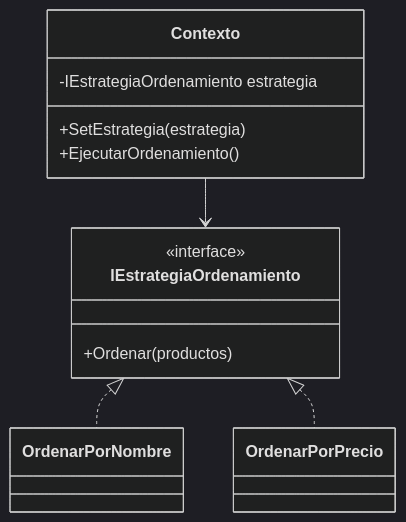
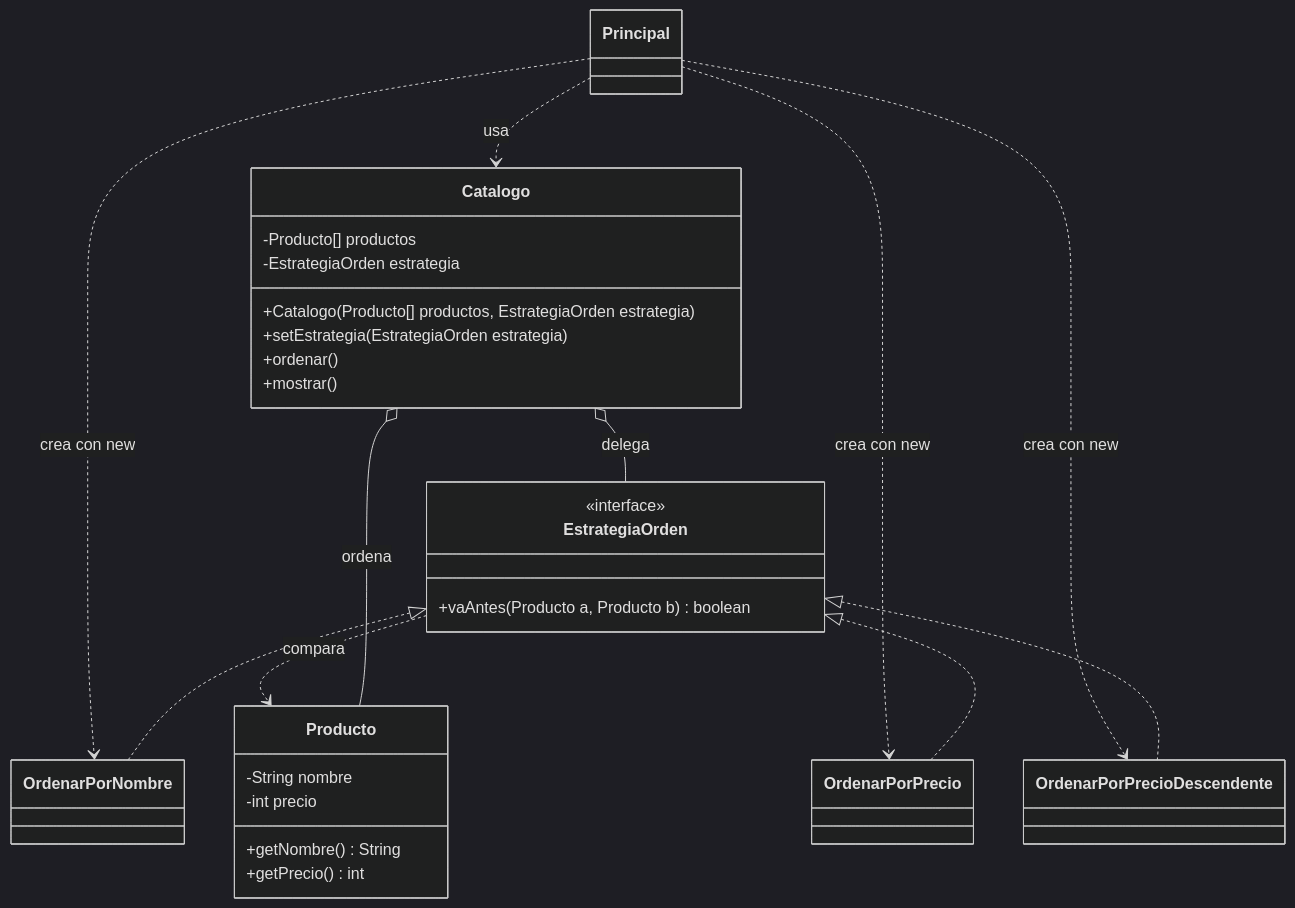
The second of 2 diagrams in 06 - Strategy/README.md (carevalomx69/DesignPatterns), drawn with Mermaid (dark theme) before and after one commit. The commit also changed other lines of this file and 13 other files, not shown here.

````diff
--- a/06 - Strategy/README.md
+++ b/06 - Strategy/README.md
@@ -19,17 +131,35 @@
 ```mermaid
 classDiagram
-    class IEstrategiaOrdenamiento {
+    class Producto {
+        -String nombre
+        -int precio
+        +getNombre() String
+        +getPrecio() int
+    }
+    class EstrategiaOrden {
         <<interface>>
-        +Ordenar(productos)
+        +vaAntes(Producto a, Producto b) boolean
     }
     class OrdenarPorNombre
     class OrdenarPorPrecio
-    class Contexto {
-        -IEstrategiaOrdenamiento estrategia
-        +SetEstrategia(estrategia)
-        +EjecutarOrdenamiento()
+    class OrdenarPorPrecioDescendente
+    class Catalogo {
+        -Producto[] productos
+        -EstrategiaOrden estrategia
+        +Catalogo(Producto[] productos, EstrategiaOrden estrategia)
+        +setEstrategia(EstrategiaOrden estrategia)
+        +ordenar()
+        +mostrar()
     }
-    IEstrategiaOrdenamiento <|.. OrdenarPorNombre
-    IEstrategiaOrdenamiento <|.. OrdenarPorPrecio
-    Contexto --> IEstrategiaOrdenamiento
+    class Principal
+    EstrategiaOrden <|.. OrdenarPorNombre
+    EstrategiaOrden <|.. OrdenarPorPrecio
+    EstrategiaOrden <|.. OrdenarPorPrecioDescendente
+    Catalogo o-- EstrategiaOrden : delega
+    Catalogo o-- Producto : ordena
+    EstrategiaOrden ..> Producto : compara
+    Principal ..> Catalogo : usa
+    Principal ..> OrdenarPorNombre : crea con new
+    Principal ..> OrdenarPorPrecio : crea con new
+    Principal ..> OrdenarPorPrecioDescendente : crea con new
 ```
````
